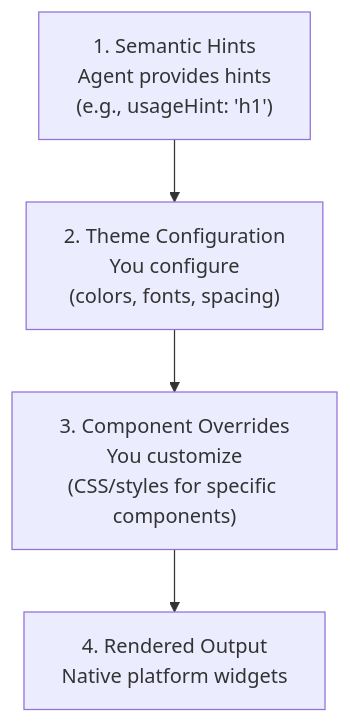
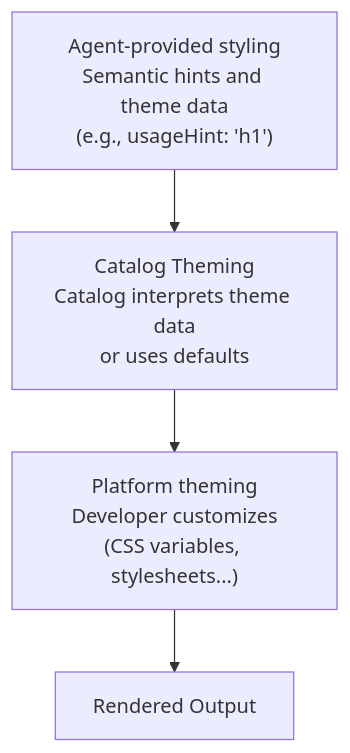
The diagram in a2ui_ux_designer/docs/guides/theming.md (VeerMuchandi/rad-skills), drawn with Mermaid before and after one commit. The commit also changed other lines of this file and 480 other files, not shown here.

````diff
--- a/a2ui_ux_designer/docs/guides/theming.md
+++ b/a2ui_ux_designer/docs/guides/theming.md
@@ -23,9 +18,9 @@
 ```mermaid
 flowchart TD
-    A["1. Semantic Hints<br/>Agent provides hints<br/>(e.g., usageHint: 'h1')"]
-    B["2. Theme Configuration<br/>You configure<br/>(colors, fonts, spacing)"]
-    C["3. Component Overrides<br/>You customize<br/>(CSS/styles for specific components)"]
-    D["4. Rendered Output<br/>Native platform widgets"]
+    A["Agent-provided styling<br/>Semantic hints and theme data<br/>(e.g., usageHint: 'h1')"]
+    B["Catalog Theming<br/>Catalog interprets theme data<br/>or uses defaults"]
+    C["Platform theming<br/>Developer customizes<br/>(CSS variables, stylesheets...)"]
+    D["Rendered Output"]
 
     A --> B --> C --> D
 ```
````
